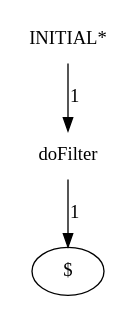
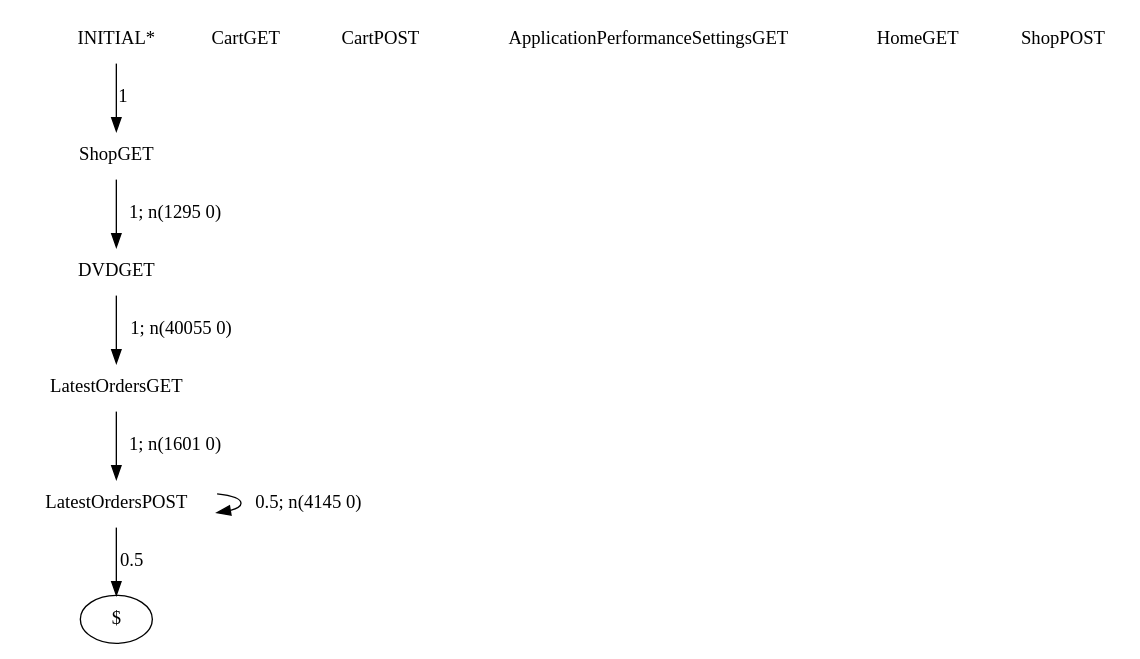
The diagram in examples/inspectit/output/graph1.dot (alperhi/wessbas.behaviorModelExtractor), drawn with Graphviz before and after one commit. The commit also changed 10 other files, not shown here.

```diff
--- a/examples/inspectit/output/graph1.dot
+++ b/examples/inspectit/output/graph1.dot
@@ -1,6 +1,18 @@
 digraph G {
 "INITIAL*" [label="INITIAL*",shape=none];
-"doFilter" [label="doFilter",shape=none];
-"INITIAL*"->"doFilter" [style=solid,label="1"];
-"doFilter"->"$" [style=solid,label="1"];
+"ShopGET" [label="ShopGET",shape=none];
+"DVDGET" [label="DVDGET",shape=none];
+"LatestOrdersGET" [label="LatestOrdersGET",shape=none];
+"LatestOrdersPOST" [label="LatestOrdersPOST",shape=none];
+"CartGET" [label="CartGET",shape=none];
+"CartPOST" [label="CartPOST",shape=none];
+"ApplicationPerformanceSettingsGET" [label="ApplicationPerformanceSettingsGET",shape=none];
+"HomeGET" [label="HomeGET",shape=none];
+"ShopPOST" [label="ShopPOST",shape=none];
+"INITIAL*"->"ShopGET" [style=solid,label="1"];
+"ShopGET"->"DVDGET" [style=solid,label="1; n(1295 0)"];
+"DVDGET"->"LatestOrdersGET" [style=solid,label="1; n(40055 0)"];
+"LatestOrdersGET"->"LatestOrdersPOST" [style=solid,label="1; n(1601 0)"];
+"LatestOrdersPOST"->"LatestOrdersPOST" [style=solid,label="0.5; n(4145 0)"];
+"LatestOrdersPOST"->"$" [style=solid,label="0.5"];
 }
```
